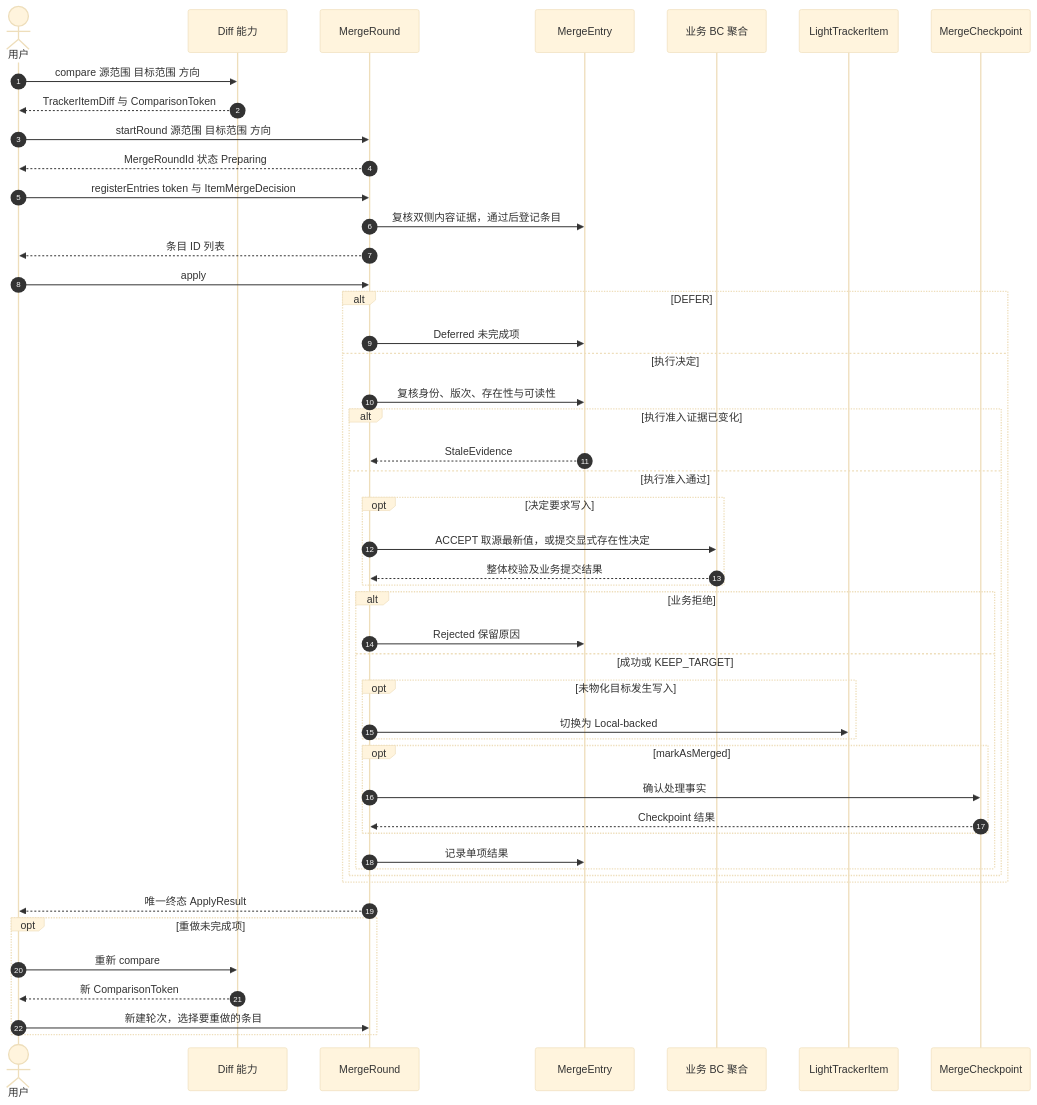
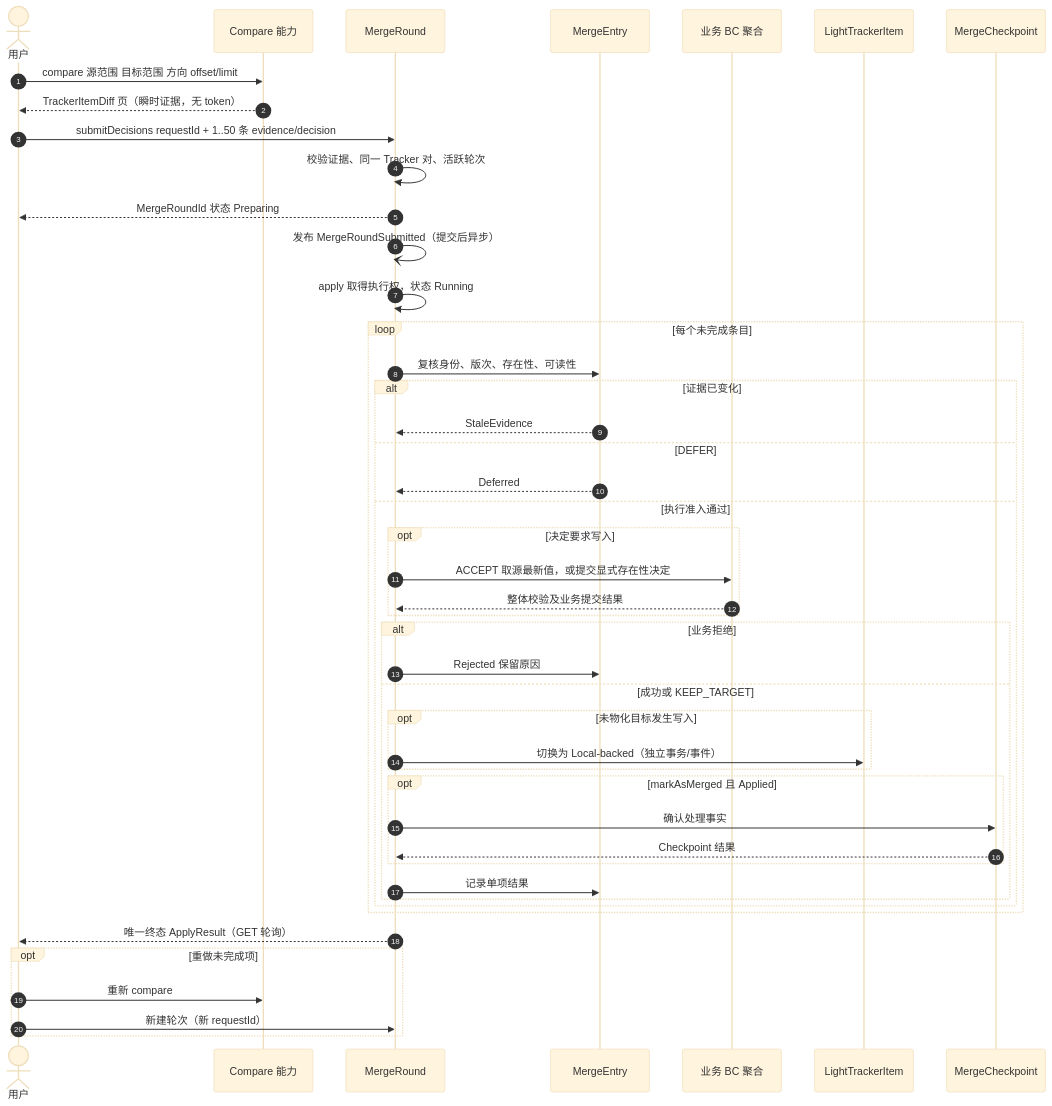
Before and after one commit to Greytrack/ddd-workingset: the first of 3 diagrams in docs/working-set/diagrams/merge-entry-lifecycle.md, drawn with Mermaid (base theme). The commit also changed other lines of this file and 37 other files, not shown here.

````diff
--- a/docs/working-set/diagrams/merge-entry-lifecycle.md
+++ b/docs/working-set/diagrams/merge-entry-lifecycle.md
@@ -20,55 +19,52 @@
 ```mermaid
 sequenceDiagram
     autonumber
     actor U as 用户
-    participant D as Diff 能力
+    participant D as Compare 能力
     participant R as MergeRound
     participant E as MergeEntry
     participant BC as 业务 BC 聚合
     participant L as LightTrackerItem
     participant C as MergeCheckpoint
 
-    U->>D: compare 源范围 目标范围 方向
-    D-->>U: TrackerItemDiff 与 ComparisonToken
+    U->>D: compare 源范围 目标范围 方向 offset/limit
+    D-->>U: TrackerItemDiff 页（瞬时证据，无 token）
 
-    U->>R: startRound 源范围 目标范围 方向
+    U->>R: submitDecisions requestId + 1..50 条 evidence/decision
+    R->>R: 校验证据、同一 Tracker 对、活跃轮次
     R-->>U: MergeRoundId 状态 Preparing
+    R-)R: 发布 MergeRoundSubmitted（提交后异步）
 
-    U->>R: registerEntries token 与 ItemMergeDecision
-    R->>E: 复核双侧内容证据，通过后登记条目
-    R-->>U: 条目 ID 列表
-
-    U->>R: apply
-    alt DEFER
-        R->>E: Deferred 未完成项
-    else 执行决定
-        R->>E: 复核身份、版次、存在性与可读性
-        alt 执行准入证据已变化
+    R->>R: apply 取得执行权，状态 Running
+    loop 每个未完成条目
+        R->>E: 复核身份、版次、存在性、可读性
+        alt 证据已变化
             E-->>R: StaleEvidence
+        else DEFER
+            E-->>R: Deferred
         else 执行准入通过
             opt 决定要求写入
                 R->>BC: ACCEPT 取源最新值，或提交显式存在性决定
                 BC-->>R: 整体校验及业务提交结果
             end
             alt 业务拒绝
                 R->>E: Rejected 保留原因
             else 成功或 KEEP_TARGET
                 opt 未物化目标发生写入
-                    R->>L: 切换为 Local-backed
+                    R->>L: 切换为 Local-backed（独立事务/事件）
                 end
-                opt markAsMerged
+                opt markAsMerged 且 Applied
                     R->>C: 确认处理事实
                     C-->>R: Checkpoint 结果
                 end
                 R->>E: 记录单项结果
             end
         end
     end
+    R-->>U: 唯一终态 ApplyResult（GET 轮询）
 
-    R-->>U: 唯一终态 ApplyResult
     opt 重做未完成项
         U->>D: 重新 compare
-        D-->>U: 新 ComparisonToken
-        U->>R: 新建轮次，选择要重做的条目
+        U->>R: 新建轮次（新 requestId）
     end
 ```
````
